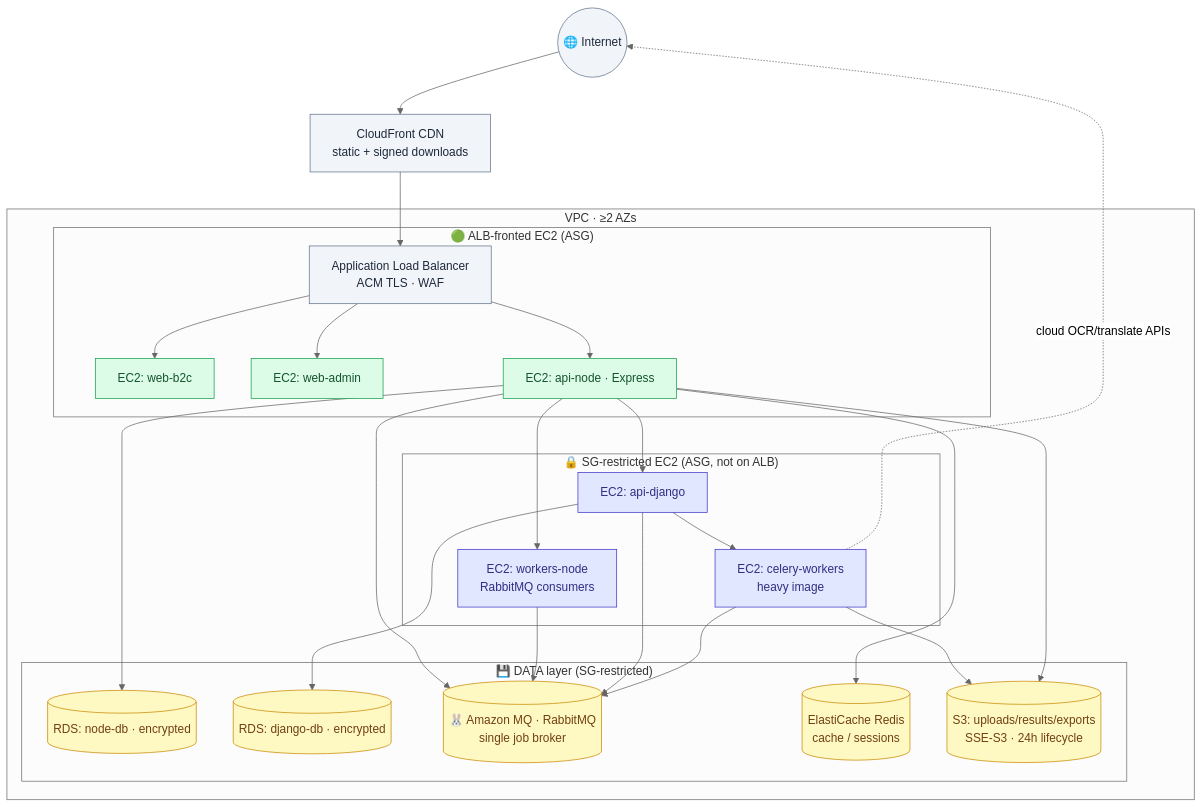
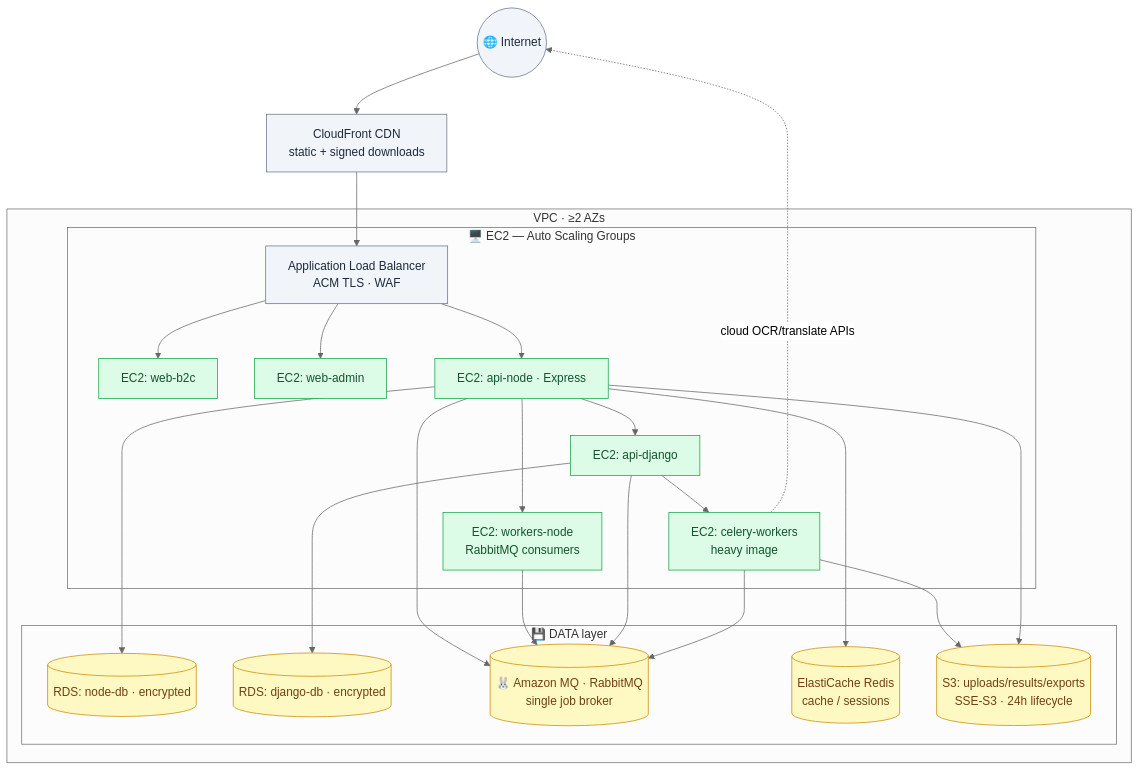
The fifth of 6 diagrams in architecture_diagrams.md (Mrutunjay50/DOCS), drawn with Mermaid (neutral theme) before and after one commit. The commit also changed other lines of this file, not shown here.

````diff
--- a/architecture_diagrams.md
+++ b/architecture_diagrams.md
@@ -301,43 +224,39 @@
 ```mermaid
 flowchart TB
     NET((🌐 Internet)) --> CF[CloudFront CDN<br/>static + signed downloads]
     CF --> ALB[Application Load Balancer<br/>ACM TLS · WAF]
 
     subgraph VPC["VPC · ≥2 AZs"]
-        subgraph EDGE["🟢 ALB-fronted EC2 (ASG)"]
+        subgraph EC2["🖥️ EC2 — Auto Scaling Groups"]
             ALB --> f1[EC2: web-b2c]
             ALB --> f2[EC2: web-admin]
             ALB --> f3[EC2: api-node · Express]
-        end
-        subgraph INT["🔒 SG-restricted EC2 (ASG, not on ALB)"]
             f3 --> w1[EC2: workers-node<br/>RabbitMQ consumers]
             f3 --> w2[EC2: api-django]
             w2 --> w3[EC2: celery-workers<br/>heavy image]
         end
-        subgraph DATA["💾 DATA layer (SG-restricted)"]
+        subgraph DATA["💾 DATA layer"]
             rds1[(RDS: node-db · encrypted)]
             rds2[(RDS: django-db · encrypted)]
             mq[(🐰 Amazon MQ · RabbitMQ<br/>single job broker)]
             ec[(ElastiCache Redis<br/>cache / sessions)]
             s3[(S3: uploads/results/exports<br/>SSE-S3 · 24h lifecycle)]
         end
     end
 
     f3 --> rds1
     f3 --> ec
     f3 --> mq
     w2 --> rds2
     w1 & w2 & w3 --> mq
     w3 --> s3
     f3 --> s3
     w3 -. "cloud OCR/translate APIs" .-> NET
 
     classDef pub fill:#DCFCE7,stroke:#16A34A,color:#14532D;
-    classDef priv fill:#E0E7FF,stroke:#4338CA,color:#312E81;
     classDef data fill:#FEF9C3,stroke:#CA8A04,color:#713F12;
     classDef edge fill:#F1F5F9,stroke:#64748B,color:#1E293B;
-    class f1,f2,f3 pub;
-    class w1,w2,w3 priv;
+    class f1,f2,f3,w1,w2,w3 pub;
     class rds1,rds2,ec,s3,mq data;
     class CF,ALB,NET edge;
 ```
````
